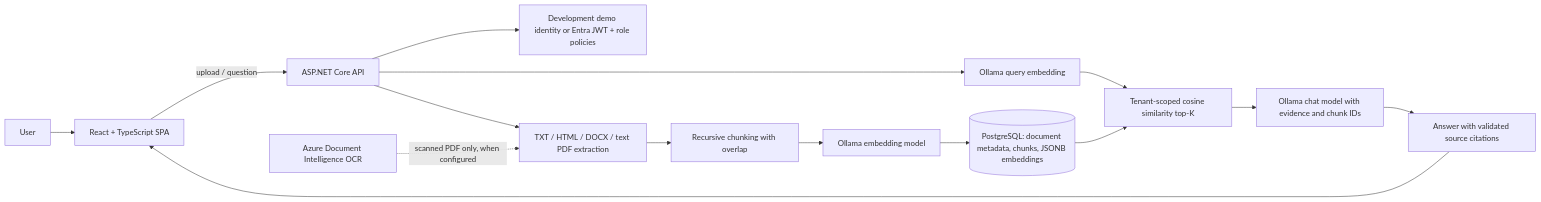
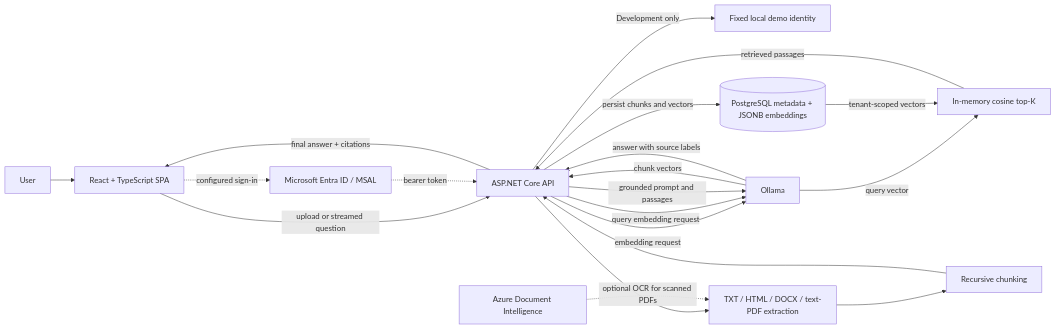
One commit to shashank2310/Enterprise-RAG-Platform changed the diagram in docs/project-showcase.md. Above: the diagram before and after it, drawn with Mermaid. The commit also changed other lines of this file and 7 other files, not shown here.

````diff
--- a/docs/project-showcase.md
+++ b/docs/project-showcase.md
@@ -24,17 +29,22 @@
 ```mermaid
 flowchart LR
 	U[User] --> SPA[React + TypeScript SPA]
-	SPA -->|upload / question| API[ASP.NET Core API]
-	API --> AUTH[Development demo identity or Entra JWT + role policies]
-	API --> PARSE[TXT / HTML / DOCX / text PDF extraction]
-	PARSE --> CHUNK[Recursive chunking with overlap]
-	CHUNK --> EMB[Ollama embedding model]
-	EMB --> PG[(PostgreSQL: document metadata, chunks, JSONB embeddings)]
-	API --> QEMB[Ollama query embedding]
-	QEMB --> RET[Tenant-scoped cosine similarity top-K]
-	PG --> RET
-	RET --> CHAT[Ollama chat model with evidence and chunk IDs]
-	CHAT --> RESP[Answer with validated source citations]
-	RESP --> SPA
-	OCR[Azure Document Intelligence OCR] -. scanned PDF only, when configured .-> PARSE
+	SPA -->|upload or streamed question| API[ASP.NET Core API]
+	SPA -. configured sign-in .-> ENTRA[Microsoft Entra ID / MSAL]
+	ENTRA -. bearer token .-> API
+	API -->|Development only| DEMO[Fixed local demo identity]
+	API --> EXTRACT[TXT / HTML / DOCX / text-PDF extraction]
+	EXTRACT --> CHUNK[Recursive chunking]
+	CHUNK --> API
+	API -->|embedding request| OLLAMA[Ollama]
+	OLLAMA -->|chunk vectors| API
+	API -->|persist chunks and vectors| PG[(PostgreSQL metadata + JSONB embeddings)]
+	API -->|query embedding request| OLLAMA
+	OLLAMA -->|query vector| SEARCH[In-memory cosine top-K]
+	PG -->|tenant-scoped vectors| SEARCH
+	SEARCH -->|retrieved passages| API
+	API -->|grounded prompt and passages| OLLAMA
+	OLLAMA -->|answer with source labels| API
+	API -->|final answer + citations| SPA
+	OCR[Azure Document Intelligence] -. optional OCR for scanned PDFs .-> EXTRACT
 ```
````
